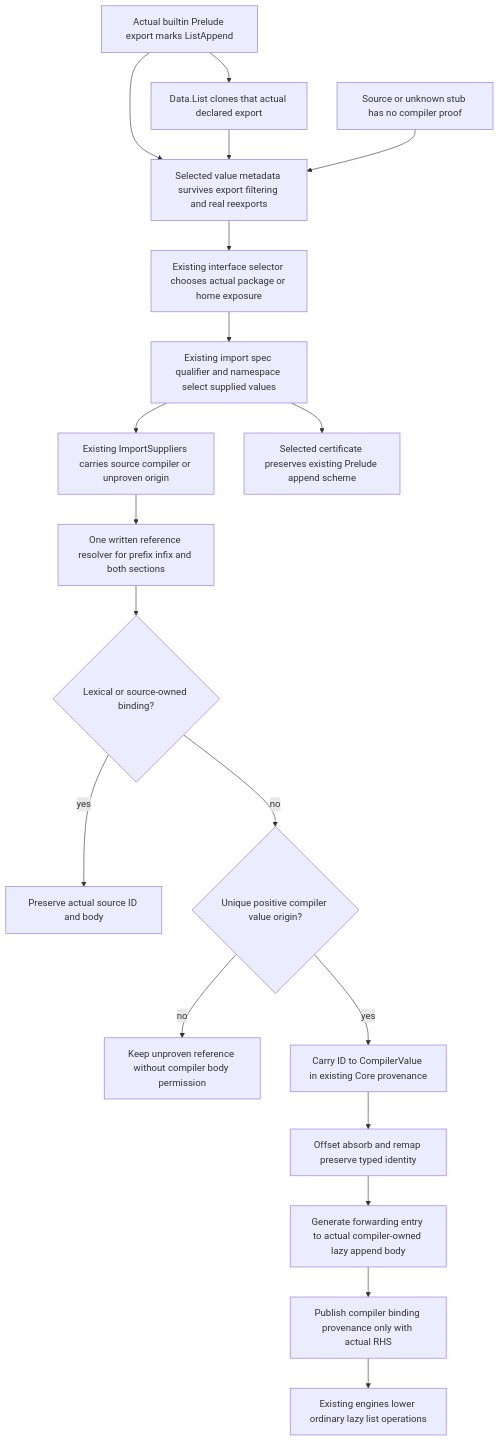
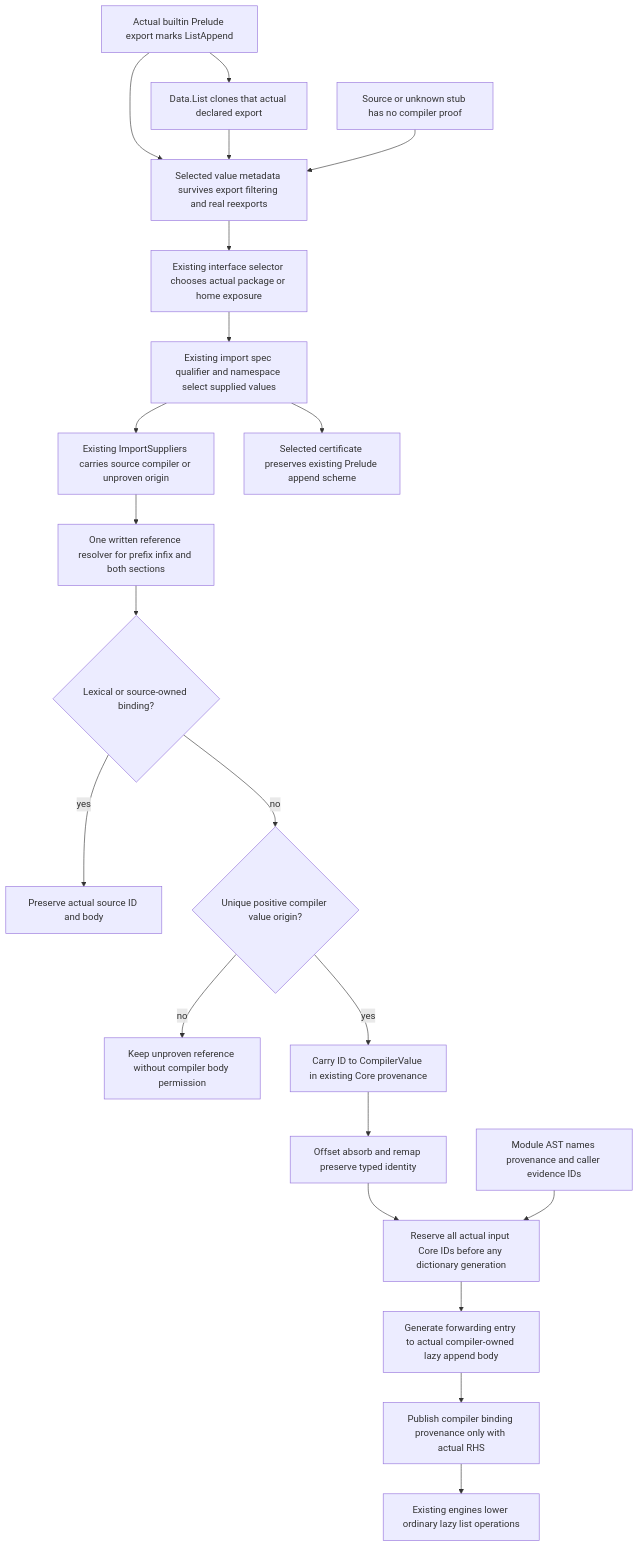
The second of 2 diagrams in spec-chirho/workflows-chirho/compiler-pipeline-chirho/native-symbol-identity-chirho.md (loveJesus/haskelujah-chirho), drawn with Mermaid before and after one commit. The commit also changed other lines of this file and 8 other files, not shown here.

First line of the commit message:
Reserve actual dictionary input IDs before generation Chirho

````diff
--- a/spec-chirho/workflows-chirho/compiler-pipeline-chirho/native-symbol-identity-chirho.md
+++ b/spec-chirho/workflows-chirho/compiler-pipeline-chirho/native-symbol-identity-chirho.md
@@ -125,21 +125,23 @@
 ```mermaid
 flowchart TD
     builtin_value_chirho[Actual builtin Prelude export marks ListAppend] --> declared_forward_chirho[Data.List clones that actual declared export]
     builtin_value_chirho --> export_copy_chirho[Selected value metadata survives export filtering and real reexports]
     declared_forward_chirho --> export_copy_chirho
     source_value_chirho[Source or unknown stub has no compiler proof] --> export_copy_chirho
     export_copy_chirho --> select_iface_chirho[Existing interface selector chooses actual package or home exposure]
     select_iface_chirho --> import_shape_chirho[Existing import spec qualifier and namespace select supplied values]
     import_shape_chirho --> suppliers_chirho[Existing ImportSuppliers carries source compiler or unproven origin]
     import_shape_chirho --> selected_scheme_chirho[Selected certificate preserves existing Prelude append scheme]
     suppliers_chirho --> written_reference_chirho[One written reference resolver for prefix infix and both sections]
     written_reference_chirho --> source_owned_chirho{Lexical or source-owned binding?}
     source_owned_chirho -->|yes| source_body_chirho[Preserve actual source ID and body]
     source_owned_chirho -->|no| certified_value_chirho{Unique positive compiler value origin?}
     certified_value_chirho -->|no| unproven_reference_chirho[Keep unproven reference without compiler body permission]
     certified_value_chirho -->|yes| typed_core_chirho[Carry ID to CompilerValue in existing Core provenance]
     typed_core_chirho --> transport_ids_chirho[Offset absorb and remap preserve typed identity]
-    transport_ids_chirho --> generated_entry_chirho[Generate forwarding entry to actual compiler-owned lazy append body]
+    transport_ids_chirho --> reserve_input_ids_chirho[Reserve all actual input Core IDs before any dictionary generation]
+    module_ids_chirho[Module AST names provenance and caller evidence IDs] --> reserve_input_ids_chirho
+    reserve_input_ids_chirho --> generated_entry_chirho[Generate forwarding entry to actual compiler-owned lazy append body]
     generated_entry_chirho --> compiler_binding_chirho[Publish compiler binding provenance only with actual RHS]
     compiler_binding_chirho --> ordinary_lowering_chirho[Existing engines lower ordinary lazy list operations]
 ```
````
